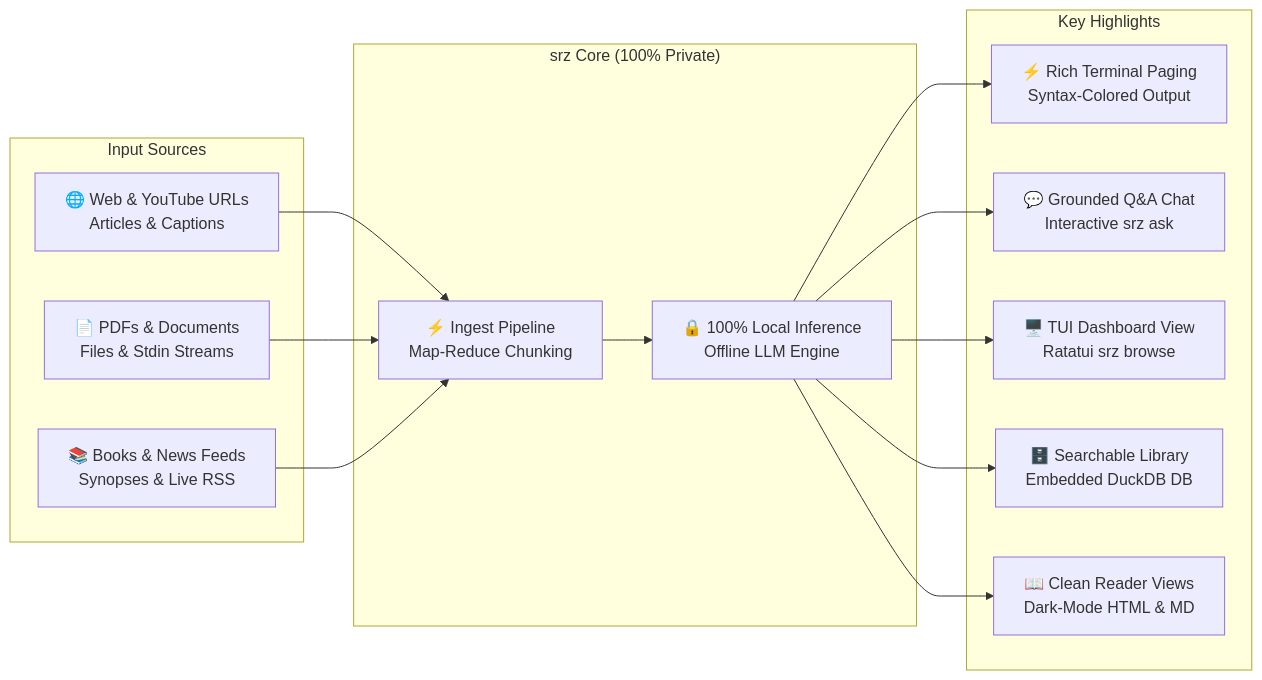
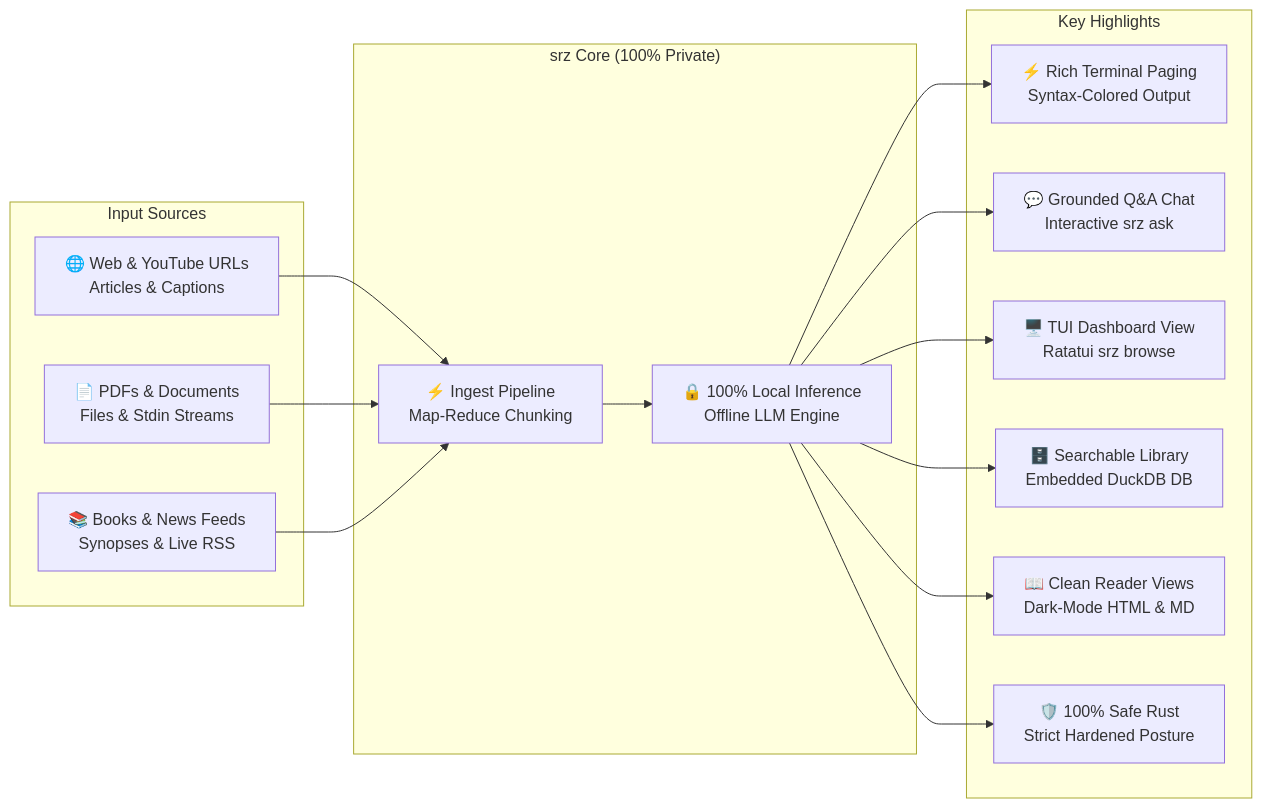
One commit to NewGuy012/srz changed the diagram in README.md. Above: the diagram before and after it, drawn with Mermaid. The commit also changed other lines of this file and 4 other files, not shown here.

````diff
--- a/README.md
+++ b/README.md
@@ -19,33 +19,35 @@
 ```mermaid
 %%{init: {"flowchart": {"minNodeWidth": 210, "minNodeHeight": 54}}}%%
 flowchart LR
     subgraph Sources["Input Sources"]
         S1["🌐 Web & YouTube URLs\nArticles & Captions"]
         S2["📄 PDFs & Documents\nFiles & Stdin Streams"]
         S3["📚 Books & News Feeds\nSynopses & Live RSS"]
     end
 
     subgraph Core["srz Core (100% Private)"]
         E1["⚡ Ingest Pipeline\nMap-Reduce Chunking"]
         E2["🔒 100% Local Inference\nOffline LLM Engine"]
         E1 --> E2
     end
 
     subgraph Highlights["Key Highlights"]
         H1["⚡ Rich Terminal Paging\nSyntax-Colored Output"]
         H2["💬 Grounded Q&A Chat\nInteractive srz ask"]
         H3["🖥️ TUI Dashboard View\nRatatui srz browse"]
         H4["🗄️ Searchable Library\nEmbedded DuckDB DB"]
         H5["📖 Clean Reader Views\nDark-Mode HTML & MD"]
+        H6["🛡️ 100% Safe Rust\nStrict Hardened Posture"]
     end
 
     S1 --> E1
     S2 --> E1
     S3 --> E1
 
     E2 --> H1
     E2 --> H2
     E2 --> H3
     E2 --> H4
     E2 --> H5
+    E2 --> H6
 ```
````
